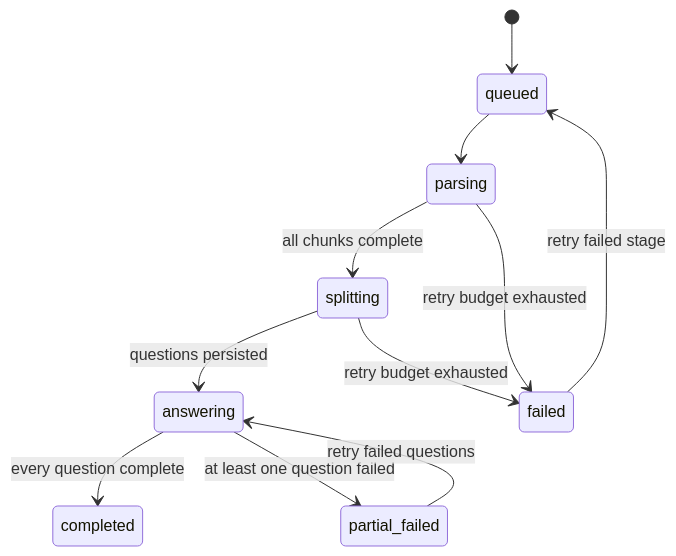
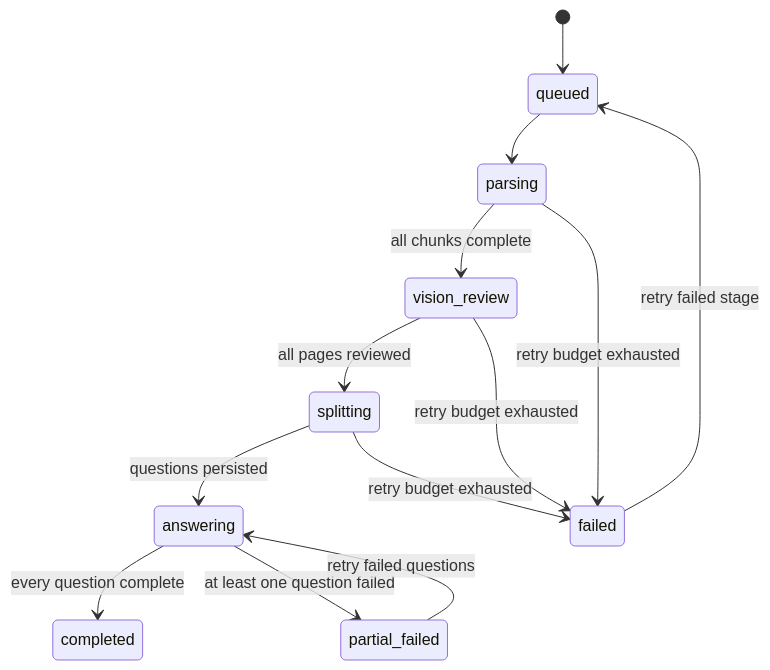
The first of 2 diagrams in codestable/issues/001-o-整卷证据作答与细粒度知识图谱.md (wide-sky-with-me/EXamTwin), drawn with Mermaid before and after one commit. The commit also changed other lines of this file and 118 other files, not shown here.

````diff
--- a/codestable/issues/001-o-整卷证据作答与细粒度知识图谱.md
+++ b/codestable/issues/001-o-整卷证据作答与细粒度知识图谱.md
@@ -239,13 +239,15 @@
 ```mermaid
 stateDiagram-v2
     [*] --> queued
     queued --> parsing
-    parsing --> splitting: all chunks complete
+    parsing --> vision_review: all chunks complete
+    vision_review --> splitting: all pages reviewed
     splitting --> answering: questions persisted
     answering --> completed: every question complete
     answering --> partial_failed: at least one question failed
     parsing --> failed: retry budget exhausted
+    vision_review --> failed: retry budget exhausted
     splitting --> failed: retry budget exhausted
     failed --> queued: retry failed stage
     partial_failed --> answering: retry failed questions
 ```
````
